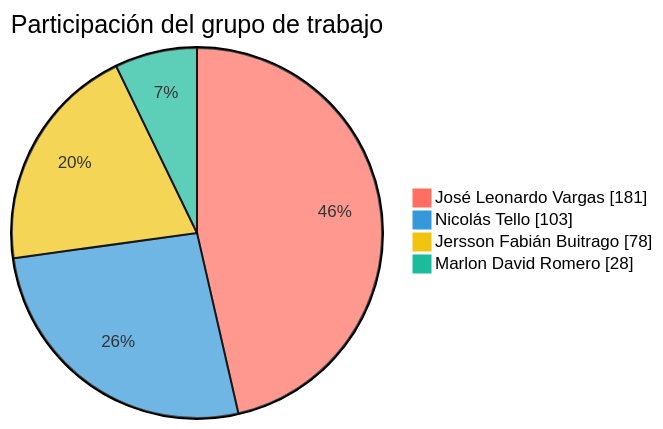
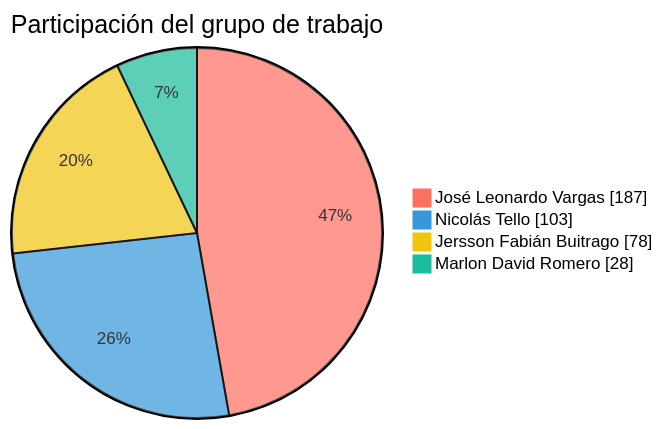
The first of 2 diagrams in README.md (FarmaExpres/FarmaExpres), drawn with Mermaid before and after one commit. The commit also changed other lines of this file and 1 other file, not shown here.

````diff
--- a/README.md
+++ b/README.md
@@ -389,9 +389,9 @@
 ```mermaid
 %%{init: {"themeVariables": {"pie1": "#ff6f61", "pie2": "#3498db", "pie3": "#f1c40f", "pie4": "#1abc9c", "pieLabelColor": "#000000", "pieLabelFontSize": "24px", "pieLabelFontWeight": "700"}}}%%
 pie showData
     title Participación del grupo de trabajo
-    "José Leonardo Vargas" : 181
+    "José Leonardo Vargas" : 187
     "Nicolás Tello" : 103
     "Jersson Fabián Buitrago" : 78
     "Marlon David Romero" : 28
 ```
````
